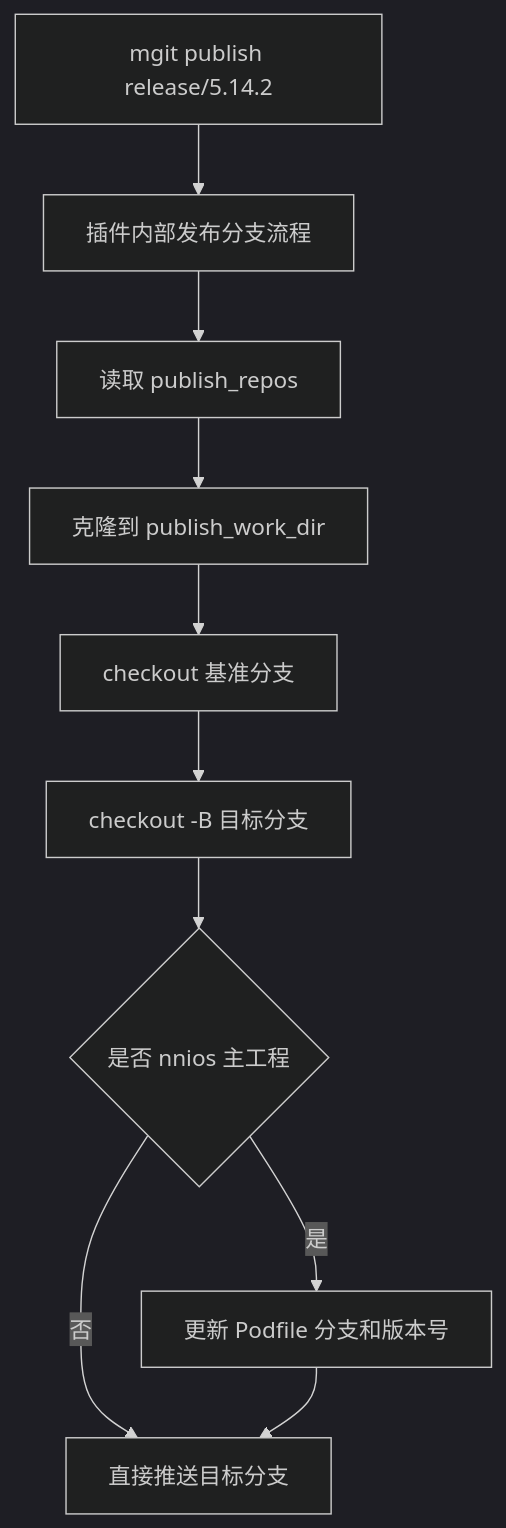
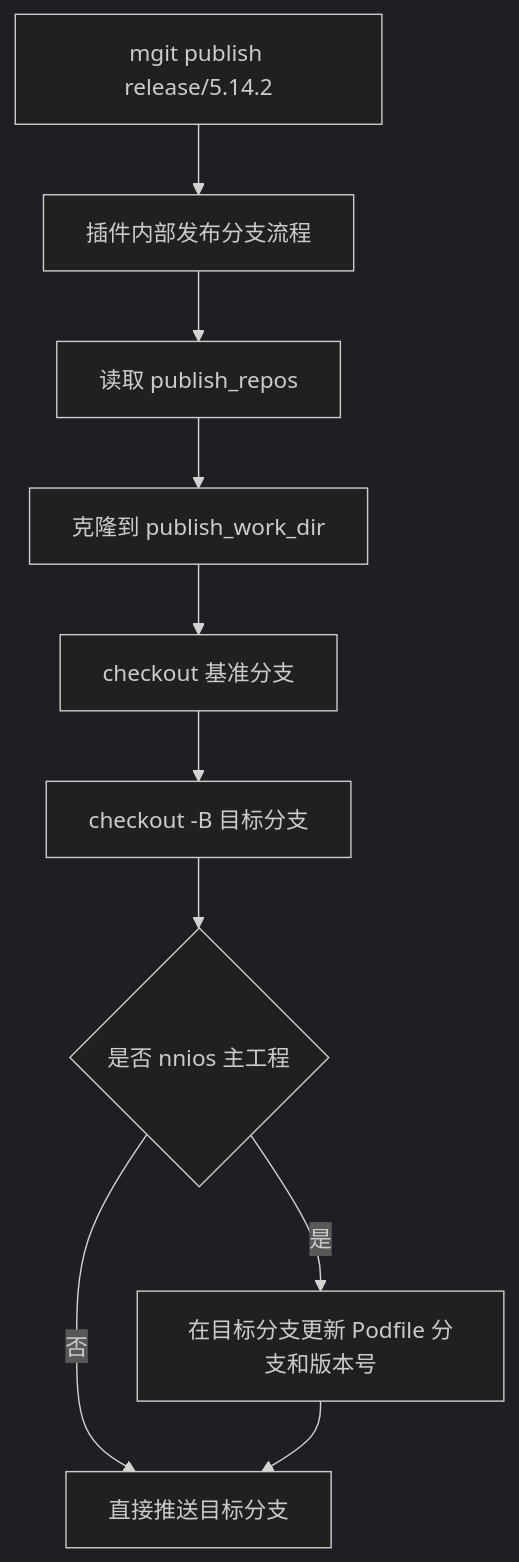
Before and after one commit to rentaogithub/mpod: the third of 3 diagrams in cocoapods-podx/ARCHITECTURE.md, drawn with Mermaid (dark theme). The commit also changed other lines of this file and 5 other files, not shown here.

````diff
--- a/cocoapods-podx/ARCHITECTURE.md
+++ b/cocoapods-podx/ARCHITECTURE.md
@@ -322,12 +322,12 @@
 ```mermaid
 flowchart TD
   A["mgit publish release/5.14.2"] --> B["插件内部发布分支流程"]
   B --> C["读取 publish_repos"]
   C --> D["克隆到 publish_work_dir"]
   D --> E["checkout 基准分支"]
   E --> F["checkout -B 目标分支"]
   F --> G{"是否 nnios 主工程"}
-  G -- "是" --> H["更新 Podfile 分支和版本号"]
+  G -- "是" --> H["在目标分支更新 Podfile 分支和版本号"]
   G -- "否" --> I["直接推送目标分支"]
   H --> I
 ```
````
